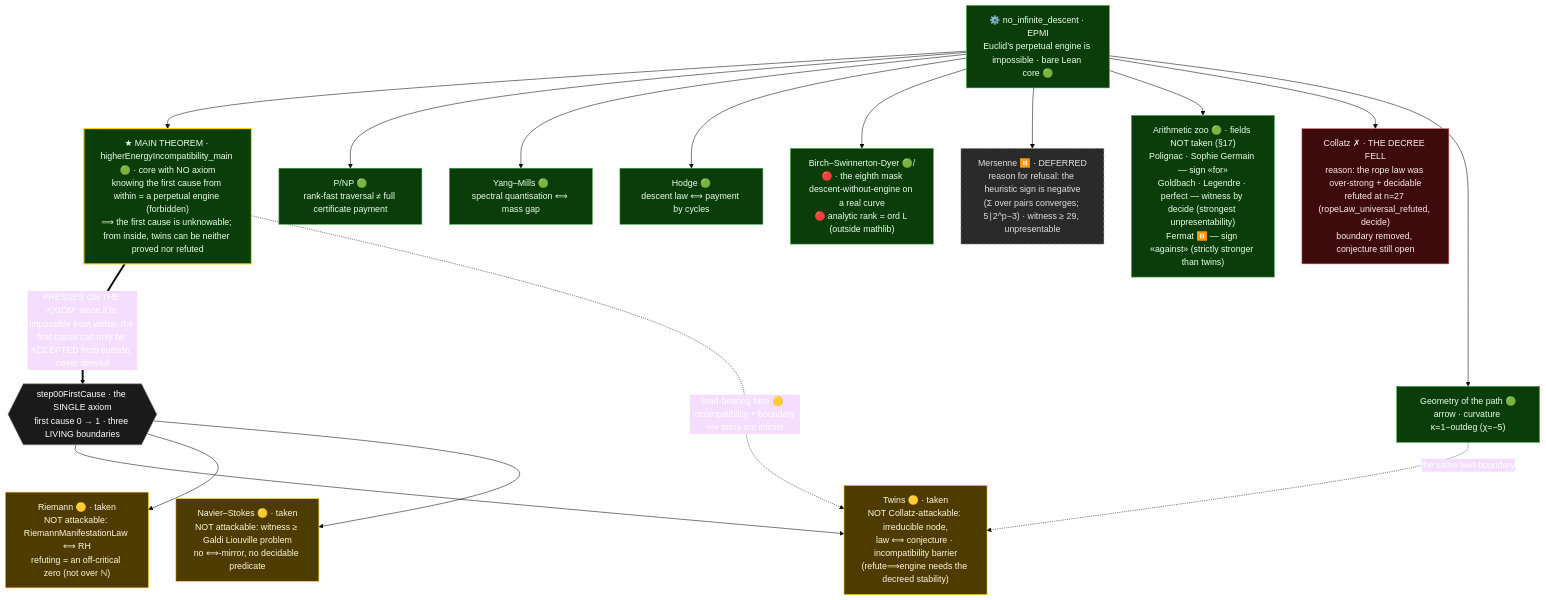
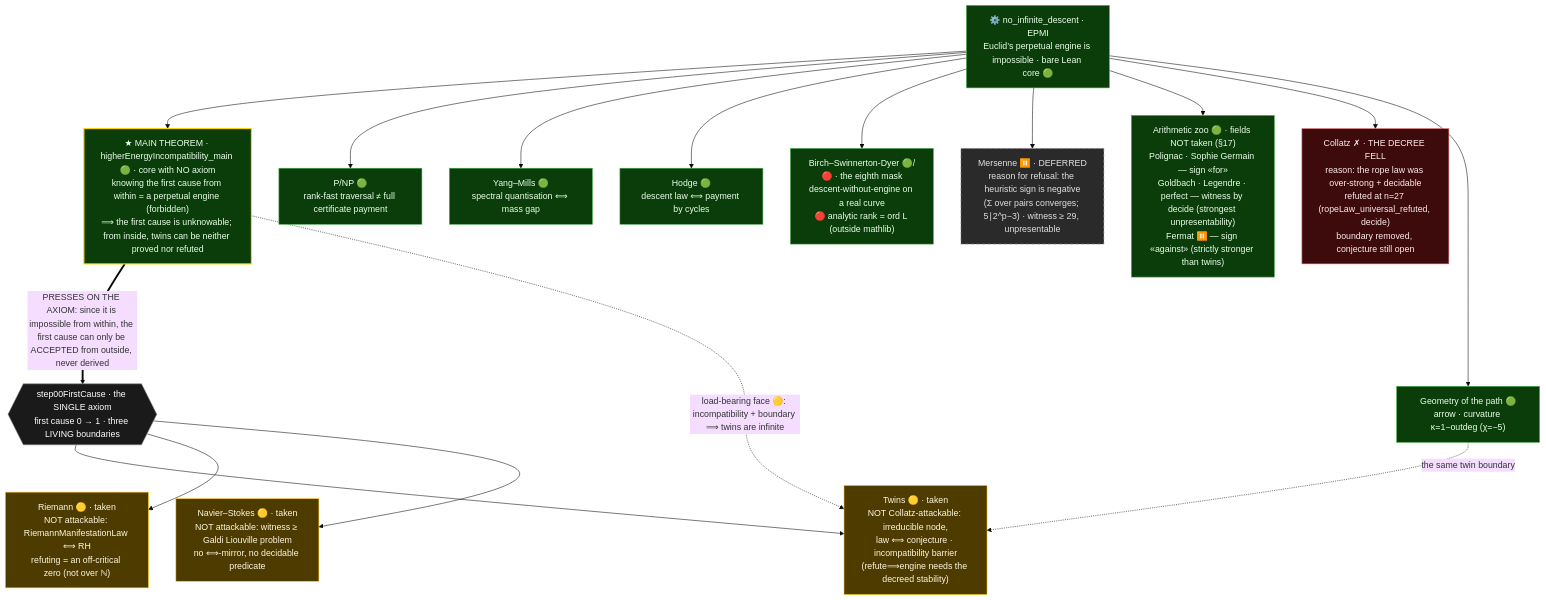
One commit to elamaunt/Euclids-path changed the diagram in README.md. Above: the diagram before and after it, drawn with Mermaid (base theme). The commit also changed 7 other files, not shown here.

````diff
--- a/README.md
+++ b/README.md
@@ -79,38 +79,38 @@
 ```mermaid
 flowchart TD
     ROOT["⚙️ no_infinite_descent · EPMI<br/>Euclid’s perpetual engine is impossible · bare Lean core 🟢"]
 
     ROOT --> MT["★ MAIN THEOREM · higherEnergyIncompatibility_main 🟢 · core with NO axiom<br/>knowing the first cause from within = a perpetual engine (forbidden)<br/>⟹ the first cause is unknowable; from inside, twins can be neither proved nor refuted"]
     MT ==>|"PRESSES ON THE AXIOM: since it is impossible from within, the first cause can only be ACCEPTED from outside, never derived"| FC{{"step00FirstCause · the SINGLE axiom<br/>first cause 0 → 1 · three LIVING boundaries"}}
 
     FC --> TP["Twins 🟡 · taken<br/>NOT Collatz-attackable: irreducible node,<br/>law ⟺ conjecture · incompatibility barrier<br/>(refute⟹engine needs the decreed stability)"]
     FC --> RH["Riemann 🟡 · taken<br/>NOT attackable: RiemannManifestationLaw ⟺ RH<br/>refuting = an off-critical zero (not over ℕ)"]
     FC --> NS["Navier–Stokes 🟡 · taken<br/>NOT attackable: witness ≥ Galdi Liouville problem<br/>no ⟺-mirror, no decidable predicate"]
     MT -.->|"load-bearing face 🟡: incompatibility + boundary ⟹ twins are infinite"| TP
 
     ROOT --> PNP["P/NP 🟢<br/>rank-fast traversal ≠ full certificate payment"]
     ROOT --> YM["Yang–Mills 🟢<br/>spectral quantisation ⟺ mass gap"]
     ROOT --> HC["Hodge 🟢<br/>descent law ⟺ payment by cycles"]
     ROOT --> BSD["Birch–Swinnerton-Dyer 🟢/🔴 · the eighth mask<br/>descent-without-engine on a real curve<br/>🔴 analytic rank = ord L (outside mathlib)"]
 
     ROOT --> MP["Mersenne ⏸️ · DEFERRED<br/>reason for refusal: the heuristic sign is negative<br/>(Σ over pairs converges; 5∣2^p−3) · witness ≥ 29, unpresentable"]
     ROOT --> ZOO["Arithmetic zoo 🟢 · fields NOT taken (§17)<br/>Polignac · Sophie Germain — sign «for»<br/>Goldbach · Legendre · perfect — witness by decide (strongest unpresentability)<br/>Fermat ⏸️ — sign «against» (strictly stronger than twins)"]
 
     ROOT --> CL["Collatz ✗ · THE DECREE FELL<br/>reason: the rope law was over-strong + decidable<br/>refuted at n=27 (ropeLaw_universal_refuted, decide)<br/>boundary removed, conjecture still open"]
 
     ROOT --> GEO["Geometry of the path 🟢<br/>arrow · curvature κ=1−outdeg (χ=−5)"]
     GEO -. the same twin boundary .-> TP
 
     classDef green fill:#0b3d0b,stroke:#4caf50,color:#eaffea;
     classDef apex fill:#0b3d0b,stroke:#ffd700,stroke-width:2px,color:#eaffea;
     classDef yellow fill:#4d3b00,stroke:#ffc107,color:#fff8e1;
     classDef deferred fill:#2a2a2a,stroke:#9e9e9e,color:#e0e0e0,stroke-dasharray: 6 4;
     classDef fallen fill:#3d0b0b,stroke:#e57373,color:#ffebee;
-    classDef root fill:#1a1a1a,stroke:#888,color:#ffffff;
+    classDef rootnode fill:#1a1a1a,stroke:#888,color:#ffffff;
     class ROOT,PNP,YM,HC,BSD,ZOO,GEO green;
     class MT apex;
     class TP,RH,NS yellow;
     class MP deferred;
     class CL fallen;
-    class FC root;
+    class FC rootnode;
 ```
````
